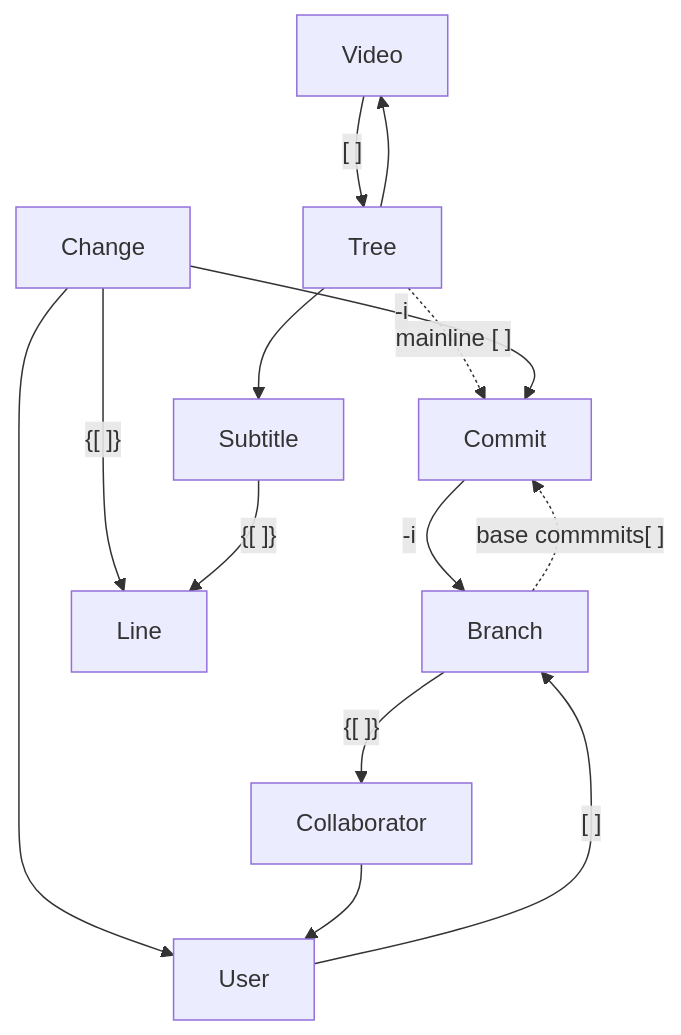
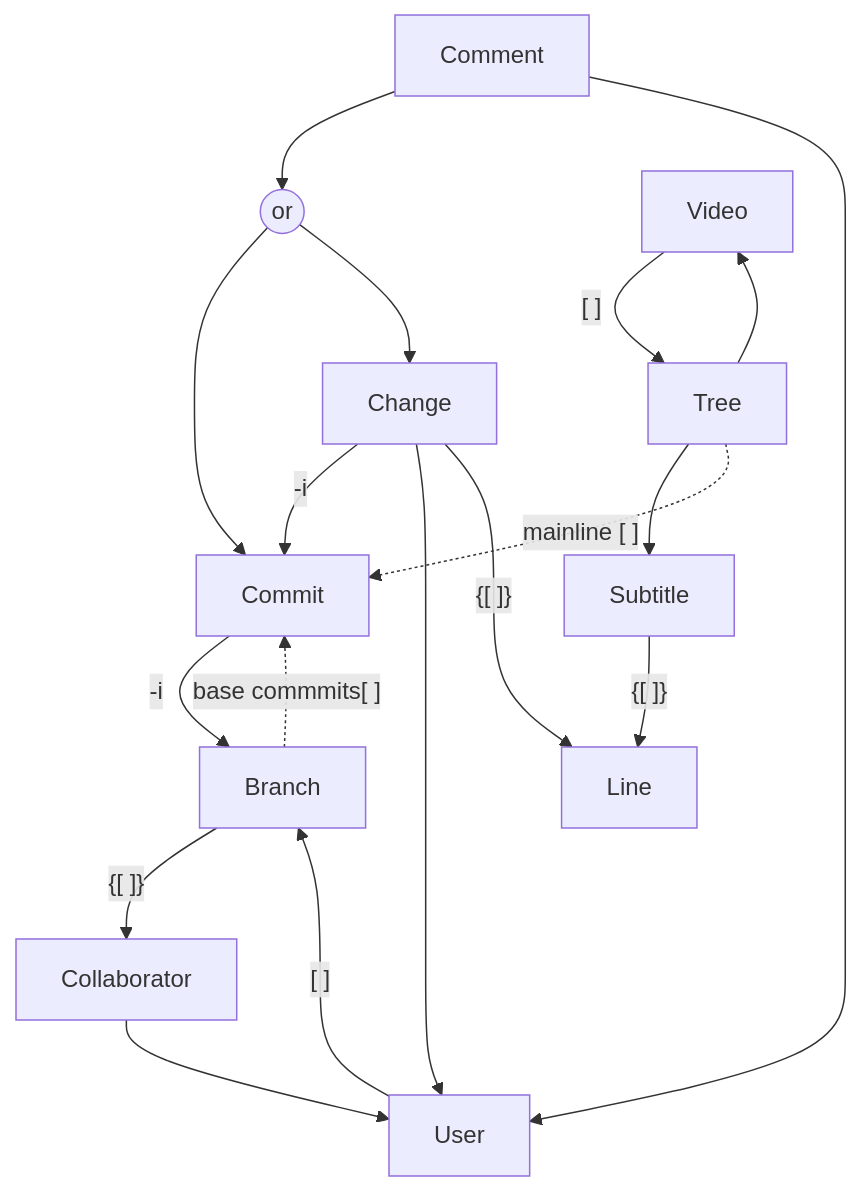
One commit to linck5/subtitle-editor-back changed the second of 2 diagrams in docs/db-relational-model.md. Above: the diagram before and after it, drawn with Mermaid. The commit also changed other lines of this file and 8 other files, not shown here.

````diff
--- a/docs/db-relational-model.md
+++ b/docs/db-relational-model.md
@@ -3,24 +79,32 @@
 ```mermaid
 graph TB
+
+Comment --> Or((or))
+Comment --> User
+
+Or --> Commit
+Or --> Change
 
 Video -->|"[ ]"| Tree
 
 Tree --> Video
 Tree --> Subtitle
 Tree -.->|"mainline [ ]"| Commit
 
 Branch -->|"{[ ]}"| Collaborator
 Branch -.->|"base commmits[ ]"| Commit
 
 Commit -->|"-i "| Branch
 
 Change -->|"-i"| Commit
 Change --> User
 Change -->|"{[ ]}"| Line
 
 User -->|"[ ]"| Branch
 
 Collaborator --> User
 
 Subtitle -->|"{[ ]}"| Line
+
+
 ```
````
